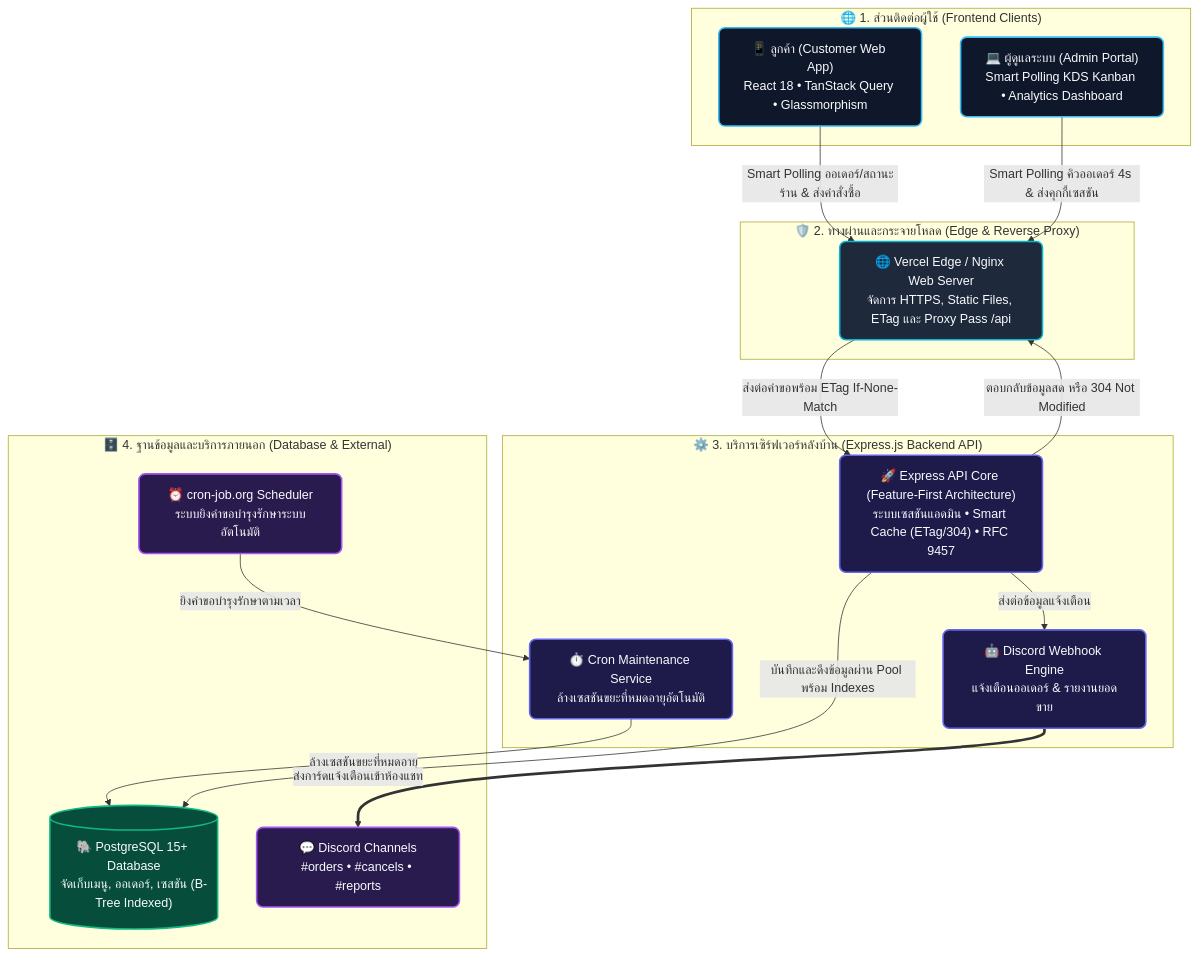
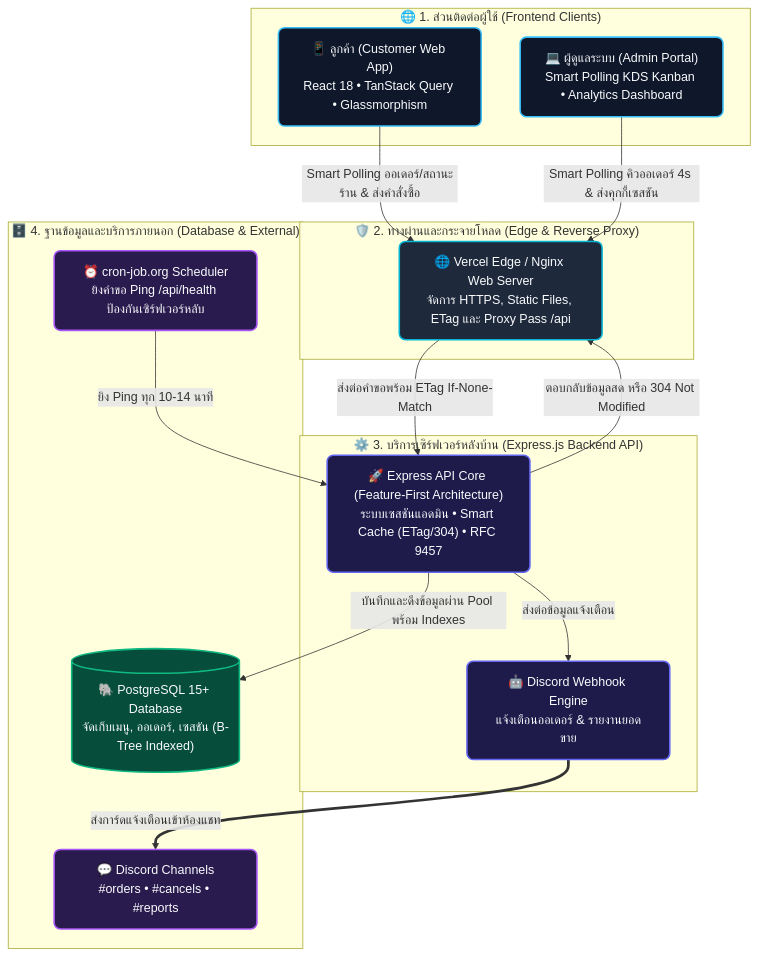
Before and after one commit to Youngmaidainon/Food-Order-Web-Application: the diagram in README.md, drawn with Mermaid. The commit also changed other lines of this file and 6 other files, not shown here.

````diff
--- a/README.md
+++ b/README.md
@@ -25,44 +25,42 @@
 ```mermaid
 flowchart TD
     %% กำหนดชุดสีและสไตล์ของแต่ละเลเยอร์ (GitHub Dark & Light Compatible)
     classDef clientStyle fill:#0f172a,stroke:#38bdf8,stroke-width:2px,color:#f8fafc,rx:8px
     classDef proxyStyle fill:#1e293b,stroke:#06b6d4,stroke-width:2px,color:#f8fafc,rx:8px
     classDef backendStyle fill:#1e1b4b,stroke:#6366f1,stroke-width:2px,color:#f8fafc,rx:8px
     classDef dbStyle fill:#064e3b,stroke:#10b981,stroke-width:2px,color:#f8fafc
     classDef extStyle fill:#2a1b4e,stroke:#a855f7,stroke-width:2px,color:#f8fafc,rx:8px
 
     subgraph Layer_Client ["🌐 1. ส่วนติดต่อผู้ใช้ (Frontend Clients)"]
         Customer["📱 ลูกค้า (Customer Web App)<br/>React 18 • TanStack Query • Glassmorphism"]:::clientStyle
         Admin["💻 ผู้ดูแลระบบ (Admin Portal)<br/>Smart Polling KDS Kanban • Analytics Dashboard"]:::clientStyle
     end
 
     subgraph Layer_Proxy ["🛡️ 2. ทางผ่านและกระจายโหลด (Edge & Reverse Proxy)"]
         Proxy["🌐 Vercel Edge / Nginx Web Server<br/>จัดการ HTTPS, Static Files, ETag และ Proxy Pass /api"]:::proxyStyle
     end
 
     subgraph Layer_Backend ["⚙️ 3. บริการเซิร์ฟเวอร์หลังบ้าน (Express.js Backend API)"]
         API["🚀 Express API Core (Feature-First Architecture)<br/>ระบบเซสชันแอดมิน • Smart Cache (ETag/304) • RFC 9457"]:::backendStyle
         Discord["🤖 Discord Webhook Engine<br/>แจ้งเตือนออเดอร์ & รายงานยอดขาย"]:::backendStyle
-        Cron["⏱️ Cron Maintenance Service<br/>ล้างเซสชันขยะที่หมดอายุอัตโนมัติ"]:::backendStyle
     end
 
     subgraph Layer_Data ["🗄️ 4. ฐานข้อมูลและบริการภายนอก (Database & External)"]
         DB[("🐘 PostgreSQL 15+ Database<br/>จัดเก็บเมนู, ออเดอร์, เซสชัน (B-Tree Indexed)")]:::dbStyle
         DiscordApp["💬 Discord Channels<br/>#orders • #cancels • #reports"]:::extStyle
-        CronTrigger["⏰ cron-job.org Scheduler<br/>ระบบยิงคำขอบำรุงรักษาระบบอัตโนมัติ"]:::extStyle
+        CronTrigger["⏰ cron-job.org Scheduler<br/>ยิงคำขอ Ping /api/health ป้องกันเซิร์ฟเวอร์หลับ"]:::extStyle
     end
 
     %% เส้นทางการเชื่อมต่อ (Data Flow & Interactions)
     Customer -->|Smart Polling ออเดอร์/สถานะร้าน & ส่งคำสั่งซื้อ| Proxy
     Admin -->|Smart Polling คิวออเดอร์ 4s & ส่งคุกกี้เซสชัน| Proxy
 
     Proxy -->|ส่งต่อคำขอพร้อม ETag If-None-Match| API
 
     API -->|บันทึกและดึงข้อมูลผ่าน Pool พร้อม Indexes| DB
     API -->|ตอบกลับข้อมูลสด หรือ 304 Not Modified| Proxy
     API -->|ส่งต่อข้อมูลแจ้งเตือน| Discord
-    CronTrigger -->|ยิงคำขอบำรุงรักษาตามเวลา| Cron
-    Cron -->|ล้างเซสชันขยะที่หมดอายุ| DB
+    CronTrigger -->|ยิง Ping ทุก 10-14 นาที| API
 
     Discord ==>|ส่งการ์ดแจ้งเตือนเข้าห้องแชท| DiscordApp
 ```
````
